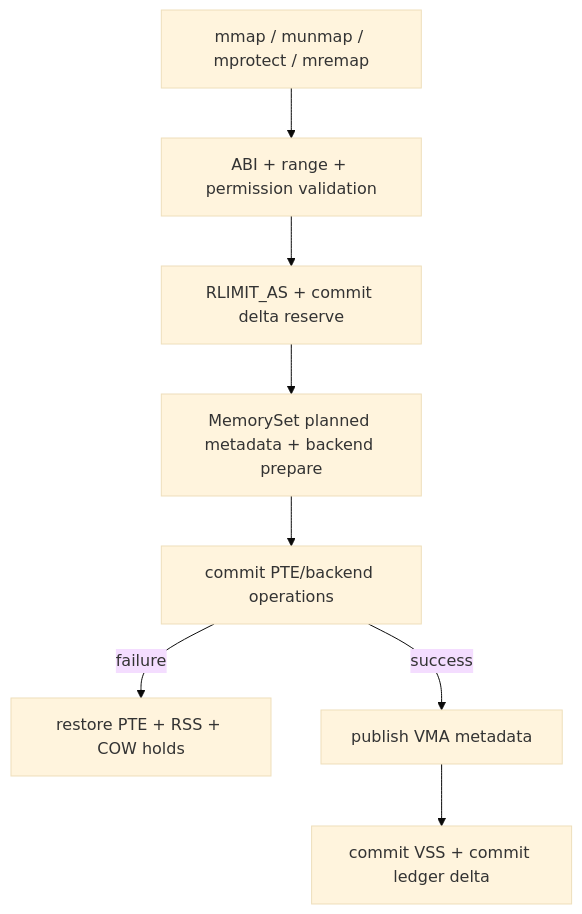
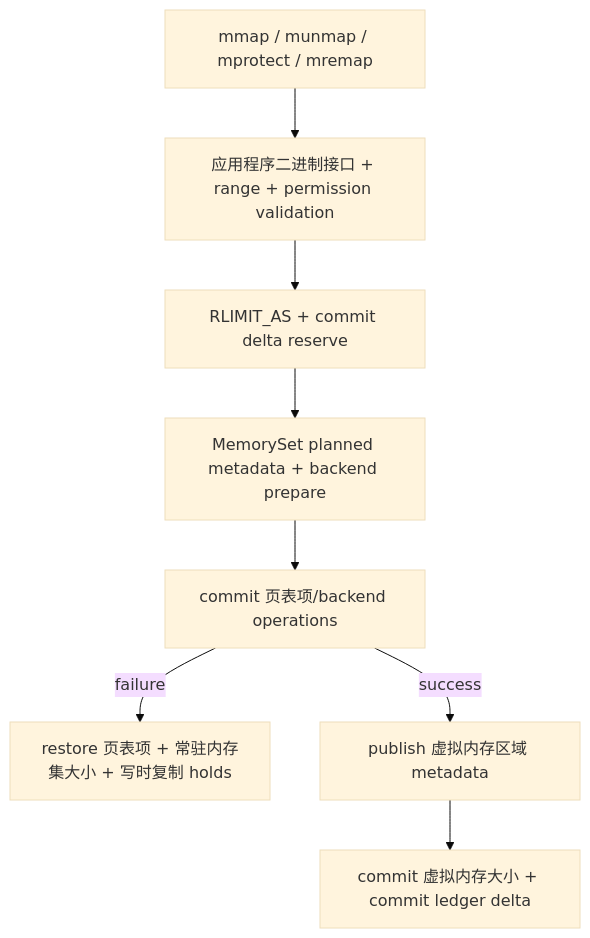
The first of 3 diagrams in docs/docs/architecture/memory/starry-mm.md (rcore-os/tgoskits), drawn with Mermaid (base theme) before and after one commit. The commit also changed other lines of this file and 12 other files, not shown here.

````diff
--- a/docs/docs/architecture/memory/starry-mm.md
+++ b/docs/docs/architecture/memory/starry-mm.md
@@ -67,10 +67,10 @@
 ```mermaid
 flowchart TB
-    Syscall["mmap / munmap / mprotect / mremap"] --> Validate["ABI + range + permission validation"]
+    Syscall["mmap / munmap / mprotect / mremap"] --> Validate["应用程序二进制接口 + range + permission validation"]
     Validate --> Admission["RLIMIT_AS + commit delta reserve"]
     Admission --> Plan["MemorySet planned metadata + backend prepare"]
-    Plan --> Pte["commit PTE/backend operations"]
-    Pte -->|"failure"| Undo["restore PTE + RSS + COW holds"]
-    Pte -->|"success"| Publish["publish VMA metadata"]
-    Publish --> Account["commit VSS + commit ledger delta"]
+    Plan --> Pte["commit 页表项/backend operations"]
+    Pte -->|"failure"| Undo["restore 页表项 + 常驻内存集大小 + 写时复制 holds"]
+    Pte -->|"success"| Publish["publish 虚拟内存区域 metadata"]
+    Publish --> Account["commit 虚拟内存大小 + commit ledger delta"]
 ```
````
